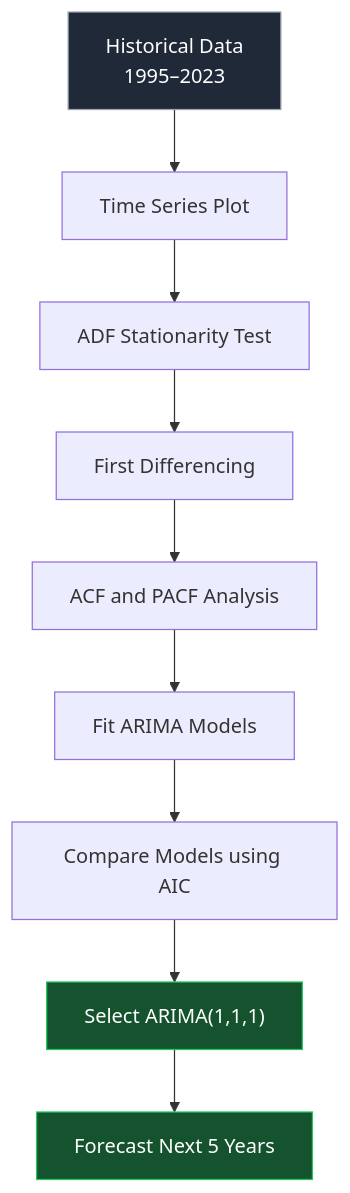
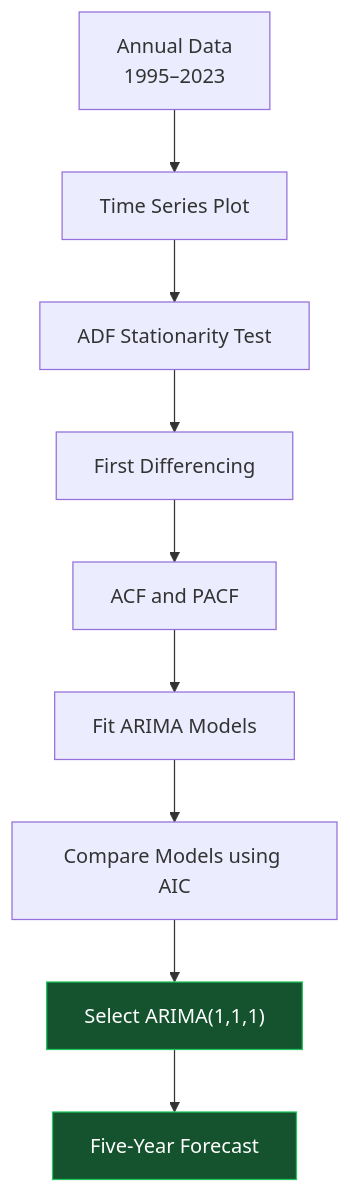
The diagram in README.md (prakhar-quant/demo-), drawn with Mermaid before and after one commit. The commit also changed other lines of this file, not shown here.

````diff
--- a/README.md
+++ b/README.md
@@ -61,20 +54,17 @@
 ```mermaid
 flowchart TD
-    A["Historical Data<br/>1995–2023"]
+    A["Annual Data<br/>1995–2023"]
     B["Time Series Plot"]
     C["ADF Stationarity Test"]
     D["First Differencing"]
-    E["ACF and PACF Analysis"]
+    E["ACF and PACF"]
     F["Fit ARIMA Models"]
     G["Compare Models using AIC"]
     H["Select ARIMA(1,1,1)"]
-    I["Forecast Next 5 Years"]
+    I["Five-Year Forecast"]
 
-    A --> B --> C
-    C --> D
-    D --> E --> F --> G --> H --> I
+    A --> B --> C --> D --> E --> F --> G --> H --> I
 
-    style A fill:#1f2937,color:#ffffff,stroke:#9ca3af
     style H fill:#14532d,color:#ffffff,stroke:#22c55e
     style I fill:#14532d,color:#ffffff,stroke:#22c55e
 ```
````
